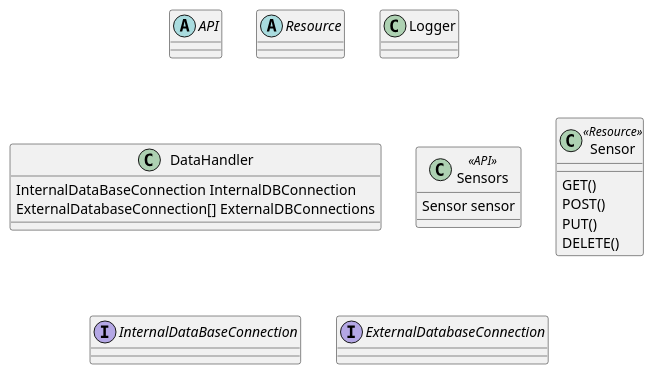
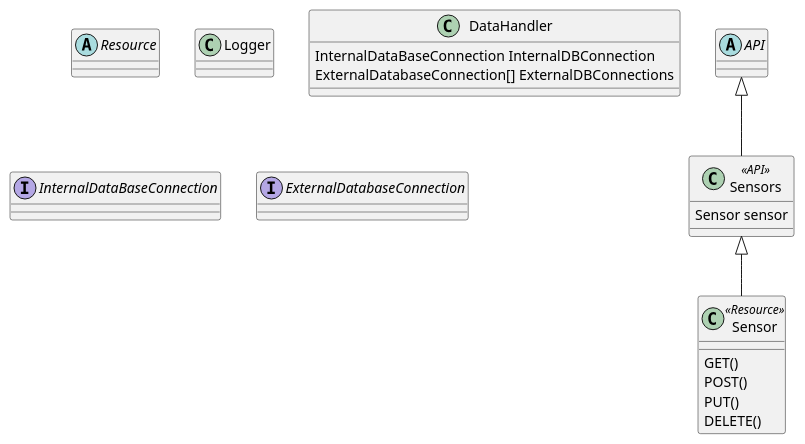
The diagram in Documentation/UML/SCC.puml (CharisGrubb/SensorCommandCenter), drawn with PlantUML before and after one commit.

Commit message:
update puml trying to add connection lines

```diff
--- a/Documentation/UML/SCC.puml
+++ b/Documentation/UML/SCC.puml
@@ -1,31 +1,35 @@
 @startuml 
 
 
+API<|-- Sensors
+Sensors<|--Sensor
+
 abstract API{}
 abstract Resource{}
+
 
 class Logger{
 
 }
 
 class DataHandler{
     
 InternalDataBaseConnection InternalDBConnection
 ExternalDatabaseConnection[] ExternalDBConnections
 
 }
 
 class Sensors <<API>>{
     Sensor sensor
 }
 class Sensor <<Resource>>{
     GET()
     POST()
     PUT()
     DELETE()
 }
 
 Interface InternalDataBaseConnection
 Interface ExternalDatabaseConnection
 
 @enduml
```
